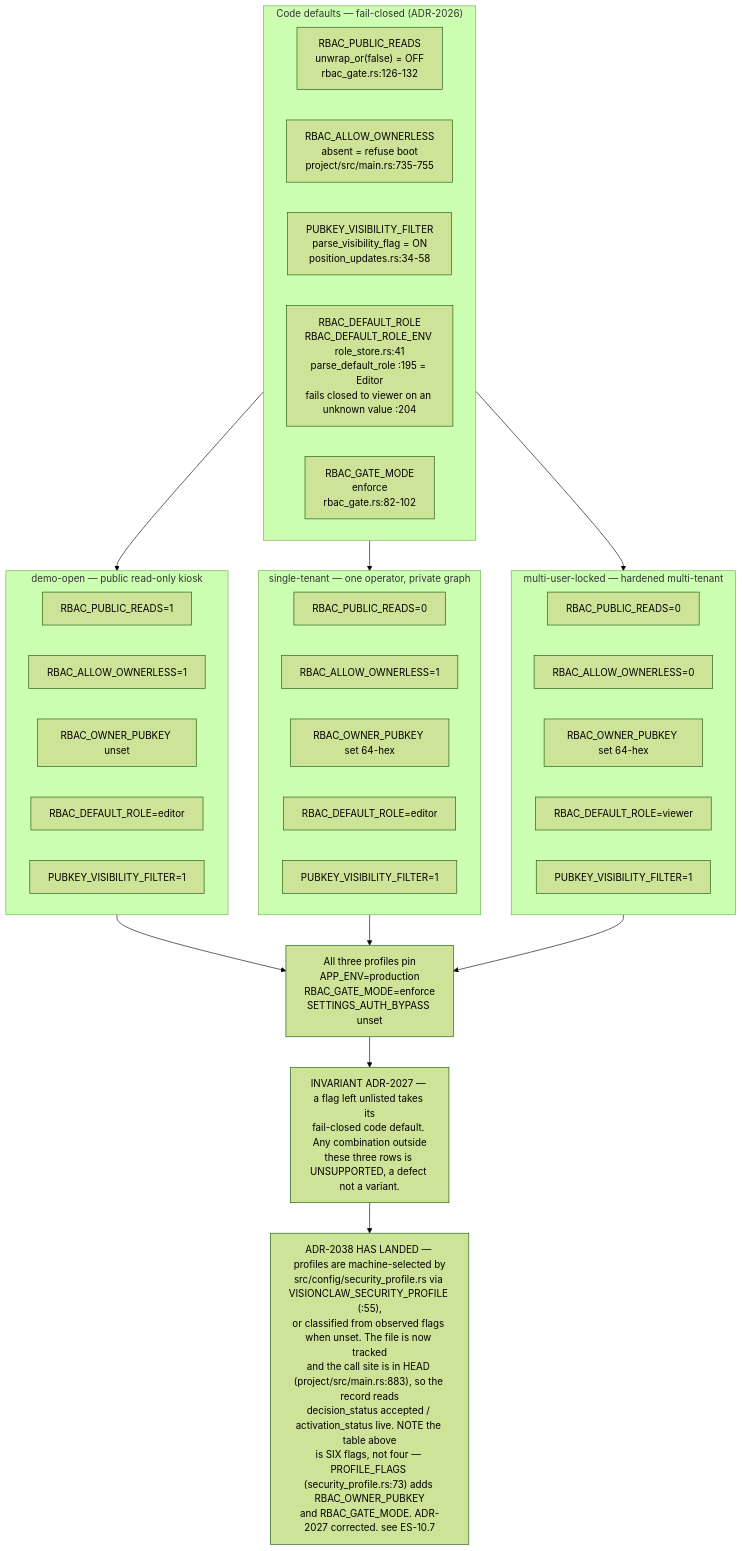
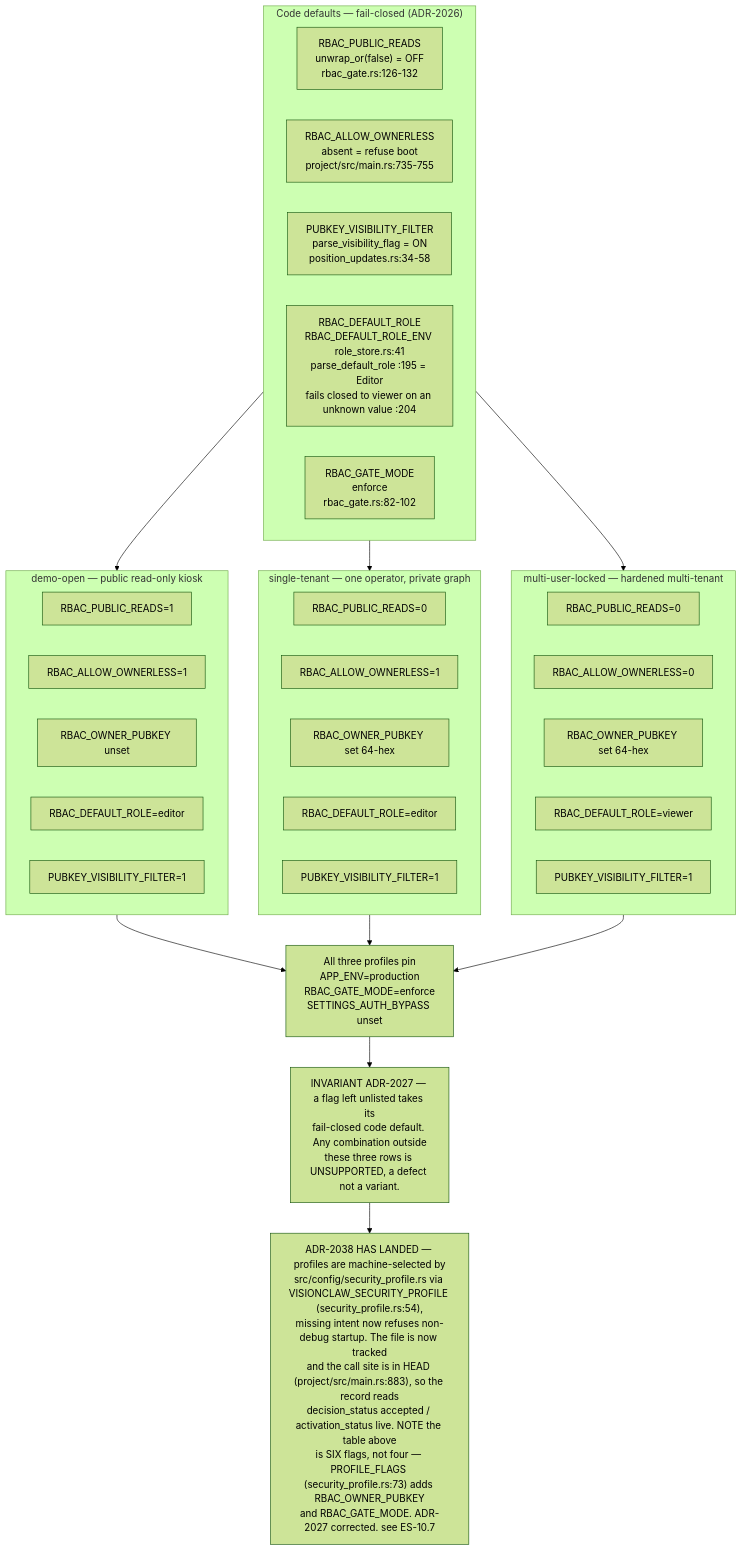
The first of 10 diagrams in docs/diagrams/estate/10-deployment-and-security-profiles.md (DreamLab-AI/VisionFlow), drawn with Mermaid (forest theme) before and after one commit. The commit also changed other lines of this file and 51 other files, not shown here.

First line of the commit message:
docs(diagrams): agentbox AB-01..13 re-attested anchor by anchor (980 anchors, 22 defects); checkpoint against an out-of-mesh writer

````diff
--- a/docs/diagrams/estate/10-deployment-and-security-profiles.md
+++ b/docs/diagrams/estate/10-deployment-and-security-profiles.md
@@ -38,43 +38,43 @@
 ```mermaid
 flowchart TB
     subgraph code["Code defaults — fail-closed (ADR-2026)"]
         CD1["RBAC_PUBLIC_READS<br/>unwrap_or(false) = OFF<br/>rbac_gate.rs:126-132"]
         CD2["RBAC_ALLOW_OWNERLESS<br/>absent = refuse boot<br/>project/src/main.rs:735-755"]
         CD3["PUBKEY_VISIBILITY_FILTER<br/>parse_visibility_flag = ON<br/>position_updates.rs:34-58"]
         CD4["RBAC_DEFAULT_ROLE<br/>RBAC_DEFAULT_ROLE_ENV role_store.rs:41<br/>parse_default_role :195 = Editor<br/>fails closed to viewer on an unknown value :204"]
         CD5["RBAC_GATE_MODE<br/>enforce<br/>rbac_gate.rs:82-102"]
     end
     subgraph demo["demo-open — public read-only kiosk"]
         D1["RBAC_PUBLIC_READS=1"]
         D2["RBAC_ALLOW_OWNERLESS=1"]
         D3["RBAC_OWNER_PUBKEY unset"]
         D4["RBAC_DEFAULT_ROLE=editor"]
         D5["PUBKEY_VISIBILITY_FILTER=1"]
     end
     subgraph single["single-tenant — one operator, private graph"]
         S1["RBAC_PUBLIC_READS=0"]
         S2["RBAC_ALLOW_OWNERLESS=1"]
         S3["RBAC_OWNER_PUBKEY set 64-hex"]
         S4["RBAC_DEFAULT_ROLE=editor"]
         S5["PUBKEY_VISIBILITY_FILTER=1"]
     end
     subgraph locked["multi-user-locked — hardened multi-tenant"]
         L1["RBAC_PUBLIC_READS=0"]
         L2["RBAC_ALLOW_OWNERLESS=0"]
         L3["RBAC_OWNER_PUBKEY set 64-hex"]
         L4["RBAC_DEFAULT_ROLE=viewer"]
         L5["PUBKEY_VISIBILITY_FILTER=1"]
     end
     ALL["All three profiles pin<br/>APP_ENV=production<br/>RBAC_GATE_MODE=enforce<br/>SETTINGS_AUTH_BYPASS unset"]
     INV["INVARIANT ADR-2027 — a flag left unlisted takes its<br/>fail-closed code default. Any combination outside<br/>these three rows is UNSUPPORTED, a defect not a variant."]
-    DRIFT["ADR-2038 HAS LANDED — profiles are machine-selected by<br/>src/config/security_profile.rs via VISIONCLAW_SECURITY_PROFILE (:55),<br/>or classified from observed flags when unset. The file is now tracked<br/>and the call site is in HEAD (project/src/main.rs:883), so the record reads<br/>decision_status accepted / activation_status live. NOTE the table above<br/>is SIX flags, not four — PROFILE_FLAGS (security_profile.rs:73) adds RBAC_OWNER_PUBKEY<br/>and RBAC_GATE_MODE. ADR-2027 corrected. see ES-10.7"]
+    DRIFT["ADR-2038 HAS LANDED — profiles are machine-selected by<br/>src/config/security_profile.rs via VISIONCLAW_SECURITY_PROFILE (security_profile.rs:54),<br/>missing intent now refuses non-debug startup. The file is now tracked<br/>and the call site is in HEAD (project/src/main.rs:883), so the record reads<br/>decision_status accepted / activation_status live. NOTE the table above<br/>is SIX flags, not four — PROFILE_FLAGS (security_profile.rs:73) adds RBAC_OWNER_PUBKEY<br/>and RBAC_GATE_MODE. ADR-2027 corrected. see ES-10.7"]
 
     code --> demo
     code --> single
     code --> locked
     demo --> ALL
     single --> ALL
     locked --> ALL
     ALL --> INV
     INV --> DRIFT
 ```
````
